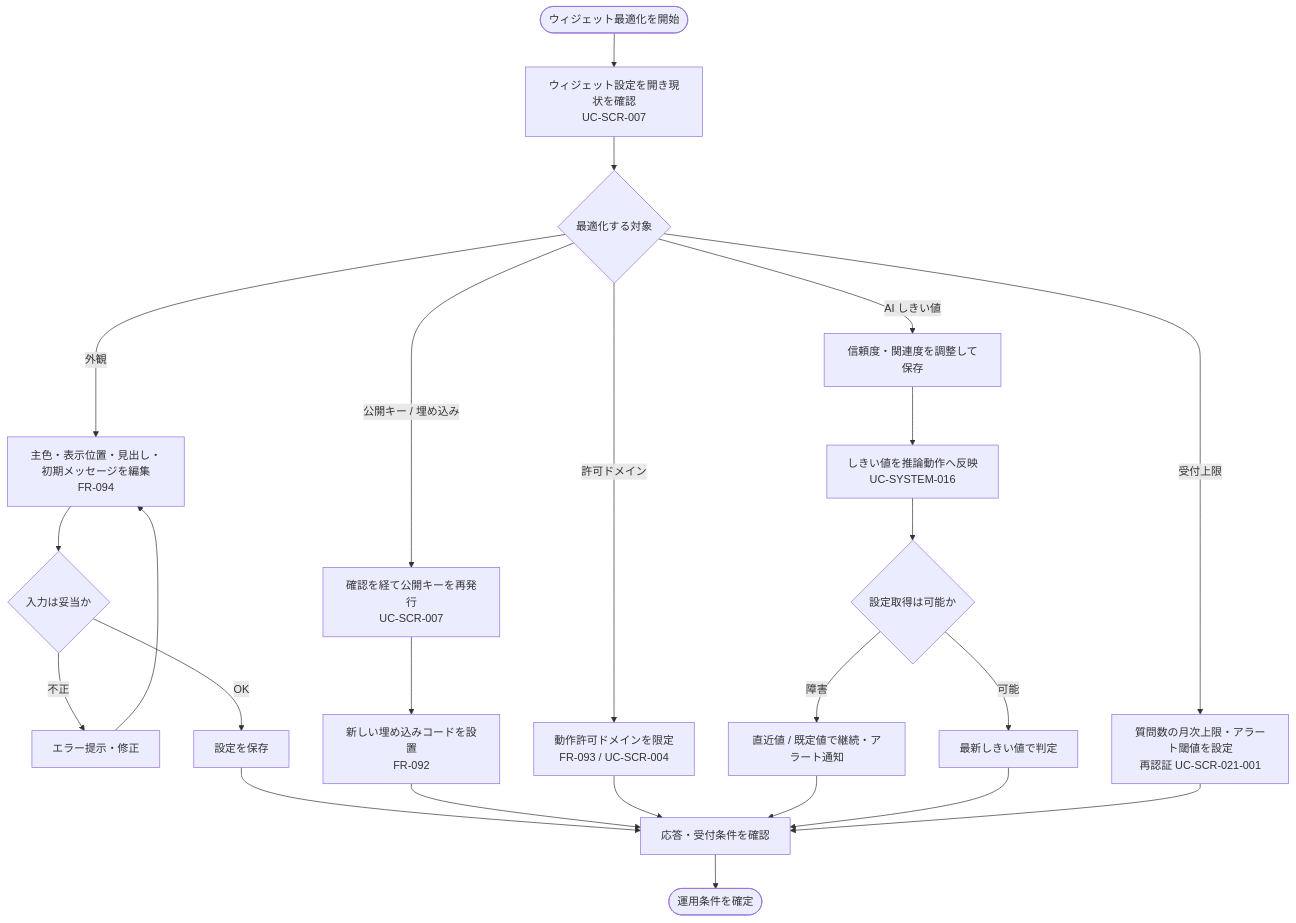
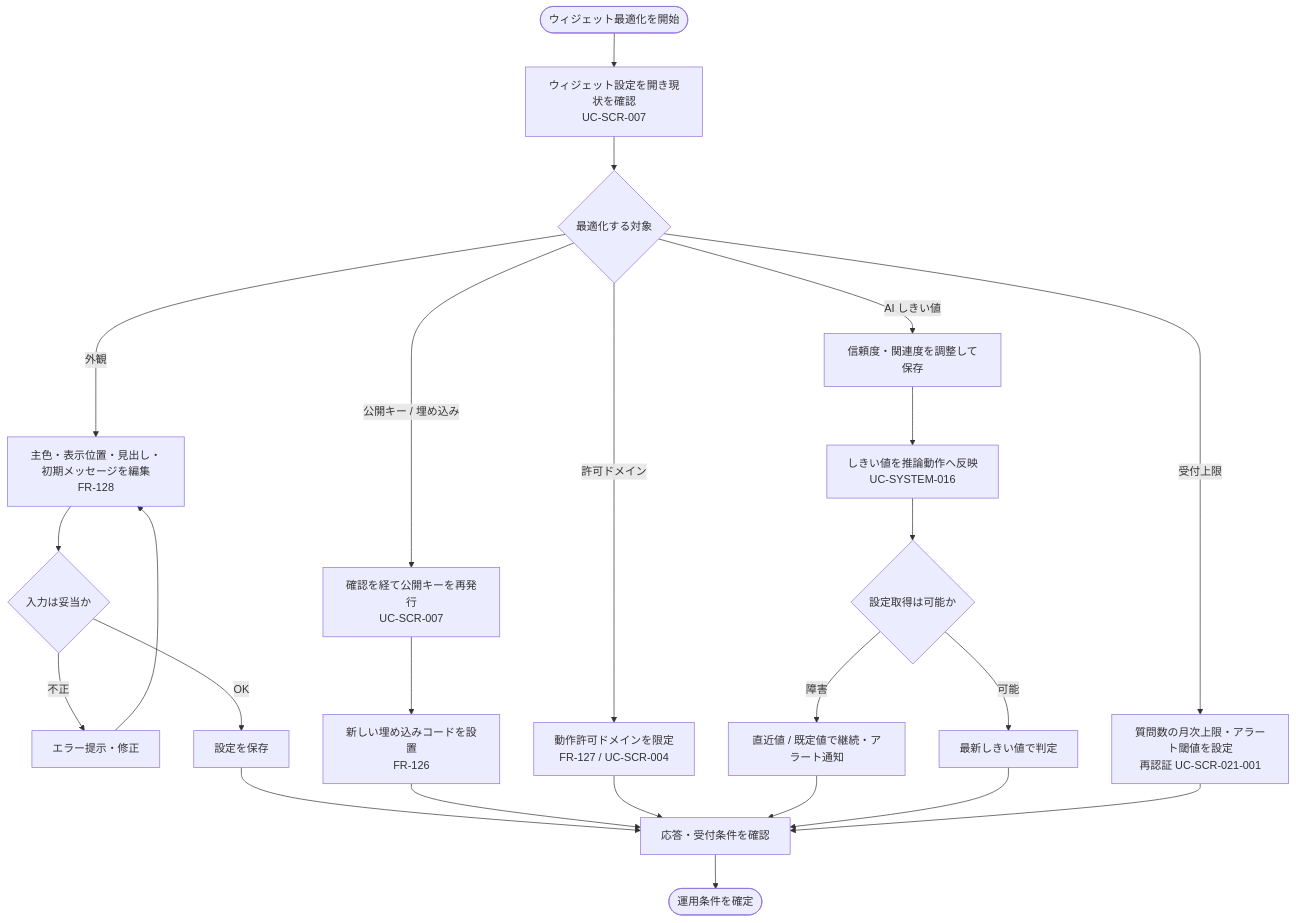
The diagram in 01_requirements/02_business_usecases/UC-BIZ-010.md (sikakou54/open-faq), drawn with Mermaid before and after one commit. The commit also changed other lines of this file and 571 other files, not shown here.

````diff
--- a/01_requirements/02_business_usecases/UC-BIZ-010.md
+++ b/01_requirements/02_business_usecases/UC-BIZ-010.md
@@ -71,32 +71,32 @@
 ```mermaid
 flowchart TD
   S([ウィジェット最適化を開始]) --> O[ウィジェット設定を開き現状を確認<br/>UC-SCR-007]
   O --> M{最適化する対象}
 
-  M -->|外観| A[主色・表示位置・見出し・初期メッセージを編集<br/>FR-094]
+  M -->|外観| A[主色・表示位置・見出し・初期メッセージを編集<br/>FR-128]
   A --> AV{入力は妥当か}
   AV -->|不正| AE[エラー提示・修正]
   AE --> A
   AV -->|OK| AS[設定を保存]
 
   M -->|公開キー / 埋め込み| K[確認を経て公開キーを再発行<br/>UC-SCR-007]
-  K --> KE[新しい埋め込みコードを設置<br/>FR-092]
+  K --> KE[新しい埋め込みコードを設置<br/>FR-126]
 
-  M -->|許可ドメイン| DM[動作許可ドメインを限定<br/>FR-093 / UC-SCR-004]
+  M -->|許可ドメイン| DM[動作許可ドメインを限定<br/>FR-127 / UC-SCR-004]
 
   M -->|AI しきい値| TH[信頼度・関連度を調整して保存]
   TH --> TP[しきい値を推論動作へ反映<br/>UC-SYSTEM-016]
   TP --> FB{設定取得は可能か}
   FB -->|障害| FA[直近値 / 既定値で継続・アラート通知]
   FB -->|可能| FOK[最新しきい値で判定]
 
   M -->|受付上限| Q[質問数の月次上限・アラート閾値を設定<br/>再認証 UC-SCR-021-001]
 
   AS --> R[応答・受付条件を確認]
   KE --> R
   DM --> R
   FA --> R
   FOK --> R
   Q --> R
   R --> EN([運用条件を確定])
 ```
````
